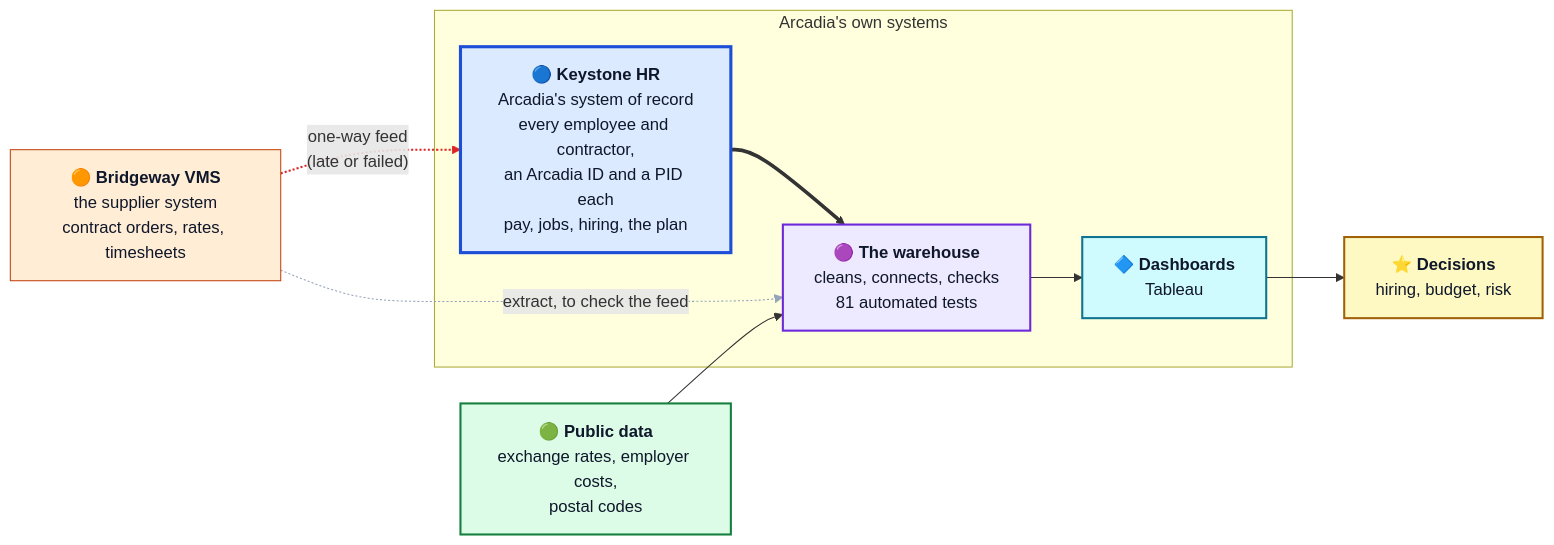
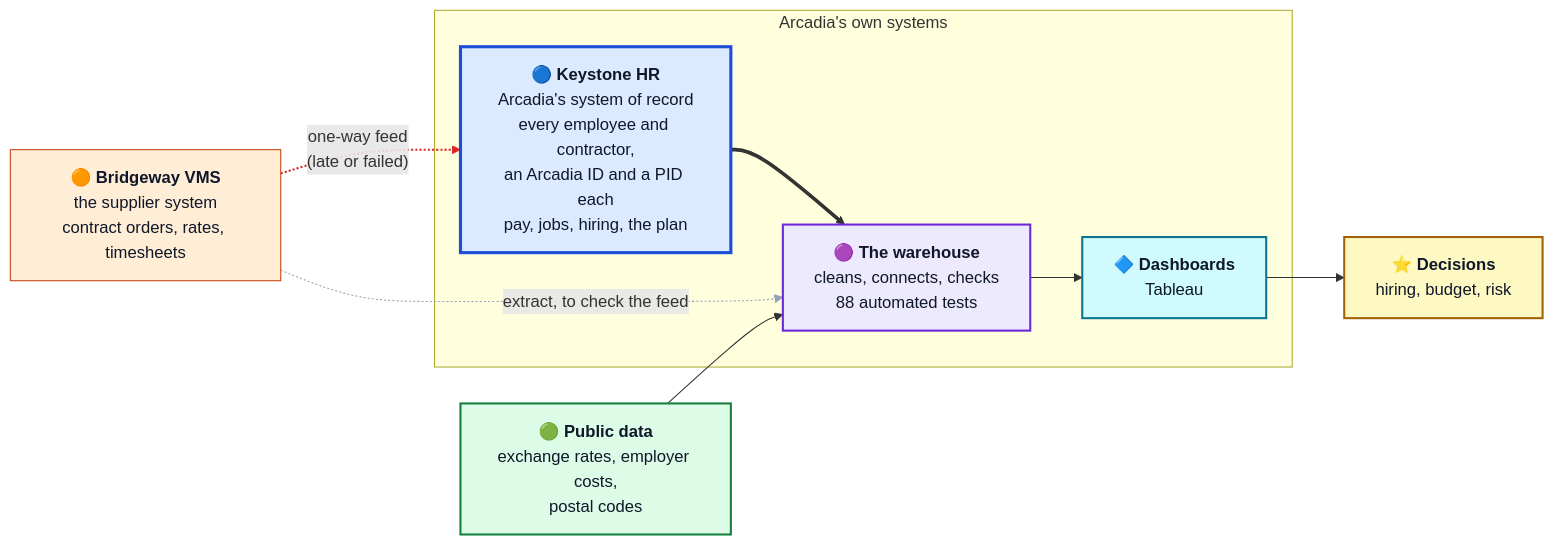
One commit to thialp/people-analytics-warehouse changed the first of 6 diagrams in README.md. Above: the diagram before and after it, drawn with Mermaid. The commit also changed other lines of this file and 66 other files, not shown here.

````diff
--- a/README.md
+++ b/README.md
@@ -49,32 +49,32 @@
 ```mermaid
 flowchart LR
     BW["🟠 <b>Bridgeway VMS</b><br/>the supplier system<br/>contract orders, rates, timesheets"]
     subgraph ARC["Arcadia's own systems"]
         KS["🔵 <b>Keystone HR</b><br/>Arcadia's system of record<br/>every employee and contractor,<br/>an Arcadia ID and a PID each<br/>pay, jobs, hiring, the plan"]
-        WH["🟣 <b>The warehouse</b><br/>cleans, connects, checks<br/>81 automated tests"]
+        WH["🟣 <b>The warehouse</b><br/>cleans, connects, checks<br/>88 automated tests"]
         DASH["🔷 <b>Dashboards</b><br/>Tableau"]
     end
     PUB["🟢 <b>Public data</b><br/>exchange rates, employer costs,<br/>postal codes"]
     DEC["⭐ <b>Decisions</b><br/>hiring, budget, risk"]
 
     BW -. "one-way feed<br/>(late or failed)" .-> KS
     KS ==> WH
     PUB --> WH
     WH --> DASH --> DEC
     BW -. "extract, to check the feed" .-> WH
 
     classDef hr fill:#dbeafe,stroke:#1d4ed8,color:#0f172a,stroke-width:3px
     classDef vms fill:#ffedd5,stroke:#c2410c,color:#0f172a,stroke-width:1px
     classDef pub fill:#dcfce7,stroke:#15803d,color:#0f172a,stroke-width:2px
     classDef wh fill:#ede9fe,stroke:#6d28d9,color:#0f172a,stroke-width:2px
     classDef dash fill:#cffafe,stroke:#0e7490,color:#0f172a,stroke-width:2px
     classDef dec fill:#fef9c3,stroke:#a16207,color:#0f172a,stroke-width:2px
     class KS hr
     class BW vms
     class PUB pub
     class WH wh
     class DASH dash
     class DEC dec
     linkStyle 0 stroke:#dc2626,stroke-width:2px
     linkStyle 5 stroke:#94a3b8,stroke-width:1px
 ```
````
